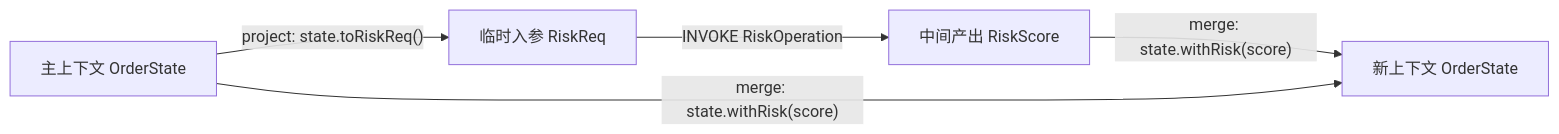
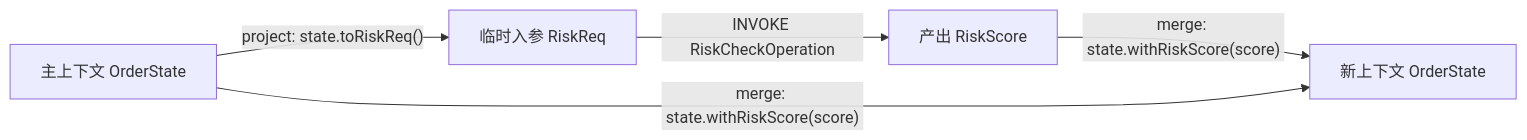
One commit to team4u/team4u-framework changed the second of 3 diagrams in docs/flow/flow-nodes.md. Above: the diagram before and after it, drawn with Mermaid. The commit also changed other lines of this file and 21 other files, not shown here.

Commit message:
docs(flow): deepen technical documentation across core, governance, durable, and testing

````diff
--- a/docs/flow/flow-nodes.md
+++ b/docs/flow/flow-nodes.md
@@ -67,6 +91,6 @@
 ```mermaid
 graph LR
     Ctx["主上下文 OrderState"] -->|"project: state.toRiskReq()"| Req["临时入参 RiskReq"]
-    Req -->|"INVOKE RiskOperation"| Res["中间产出 RiskScore"]
-    Res & Ctx -->|"merge: state.withRisk(score)"| NewCtx["新上下文 OrderState"]
+    Req -->|"INVOKE RiskCheckOperation"| Res["产出 RiskScore"]
+    Res & Ctx -->|"merge: state.withRiskScore(score)"| NewCtx["新上下文 OrderState"]
 ```
````
